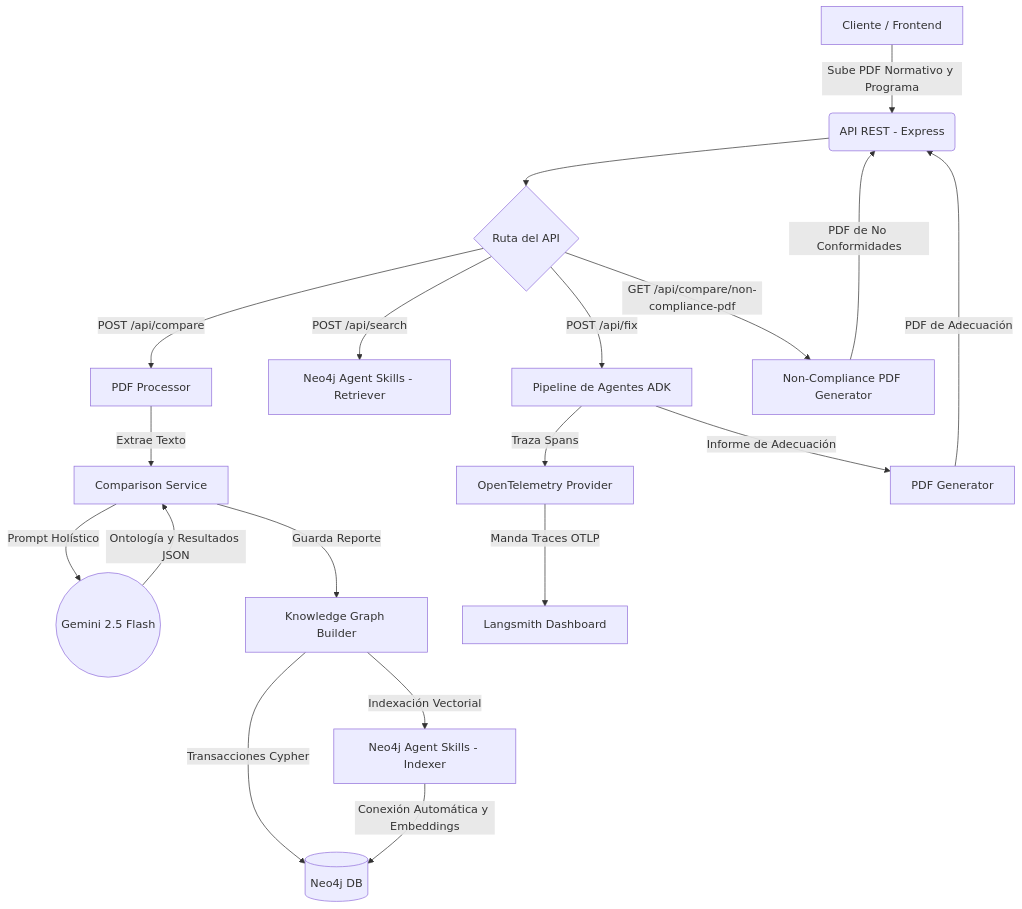
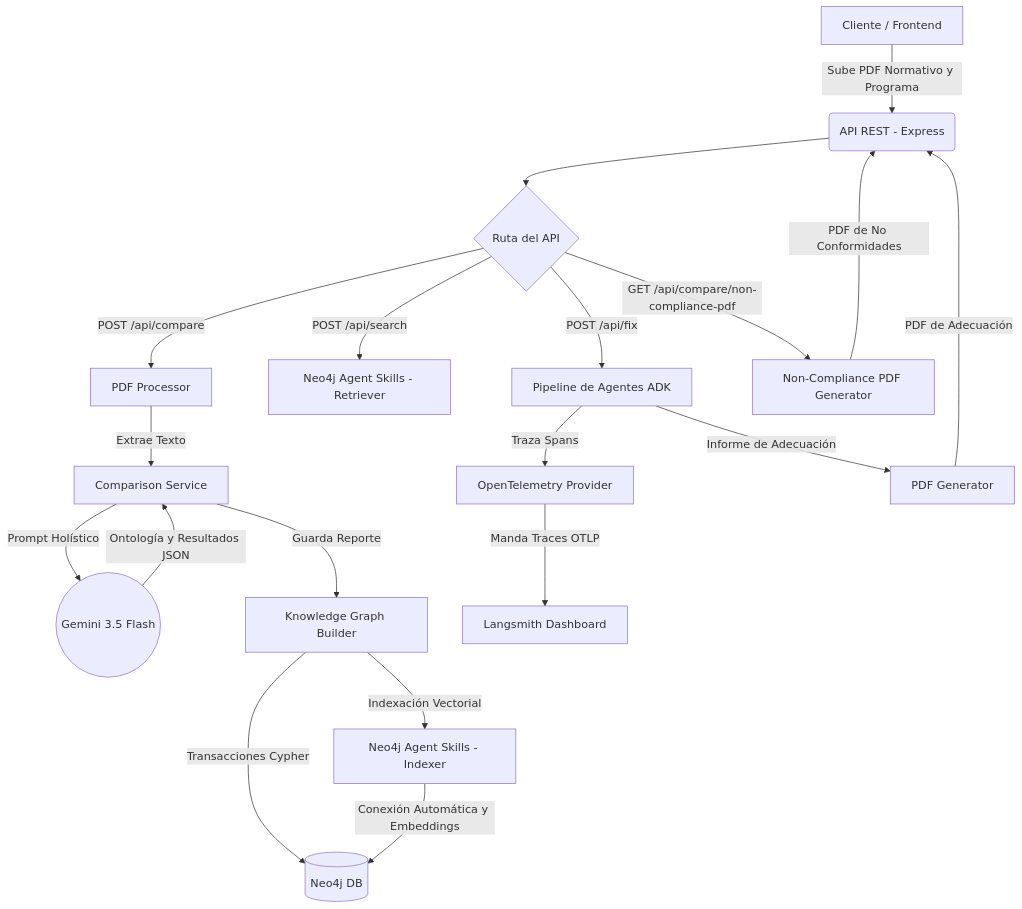
Before and after one commit to dracero/grafo-test: the first of 7 diagrams in README.md, drawn with Mermaid. The commit also changed other lines of this file and 27 other files, not shown here.

````diff
--- a/README.md
+++ b/README.md
@@ -15,24 +15,24 @@
 ```mermaid
 graph TD
     A[Cliente / Frontend] -->|Sube PDF Normativo y Programa| B(API REST - Express)
     B --> C{Ruta del API}
     C -->|POST /api/compare| D[PDF Processor]
     C -->|POST /api/search| E[Neo4j Agent Skills - Retriever]
     C -->|POST /api/fix| K[Pipeline de Agentes ADK]
     C -->|GET /api/compare/non-compliance-pdf| O[Non-Compliance PDF Generator]
     
     D -->|Extrae Texto| F[Comparison Service]
-    F -->|Prompt Holístico| G((Gemini 2.5 Flash))
+    F -->|Prompt Holístico| G((Gemini 3.5 Flash))
     G -->|Ontología y Resultados JSON| F
     
     F -->|Guarda Reporte| H[Knowledge Graph Builder]
     H -->|Transacciones Cypher| I[(Neo4j DB)]
     H -->|Indexación Vectorial| J[Neo4j Agent Skills - Indexer]
     J -->|Conexión Automática y Embeddings| I
-
+ 
     K -->|Traza Spans| L[OpenTelemetry Provider]
     L -->|Manda Traces OTLP| M[Langsmith Dashboard]
     K -->|Informe de Adecuación| N[PDF Generator]
     N -->|PDF de Adecuación| B
     O -->|PDF de No Conformidades| B
 ```
````
